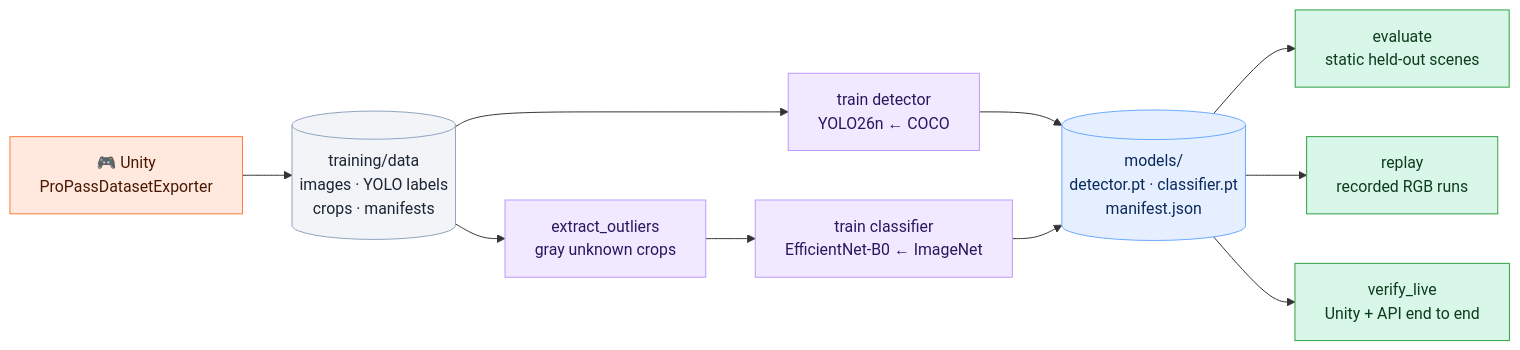
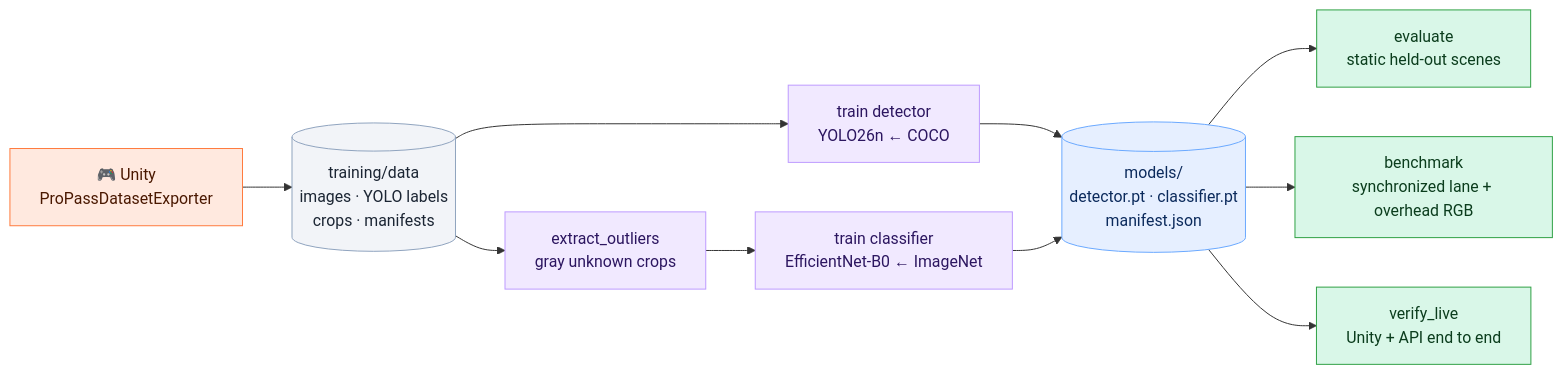
The diagram in docs/training.md (dangermos/ProPass), drawn with Mermaid before and after one commit. The commit also changed other lines of this file and 56 other files, not shown here.

````diff
--- a/docs/training.md
+++ b/docs/training.md
@@ -5,18 +5,18 @@
 ```mermaid
 flowchart LR
     U[🎮 Unity<br/>ProPassDatasetExporter]:::u --> D[(training/data<br/>images · YOLO labels<br/>crops · manifests)]:::d
     D --> O[extract_outliers<br/>gray unknown crops]:::t
     D --> TD[train detector<br/>YOLO26n ← COCO]:::t
     O --> TC[train classifier<br/>EfficientNet-B0 ← ImageNet]:::t
     TD --> M[(models/<br/>detector.pt · classifier.pt<br/>manifest.json)]:::m
     TC --> M
     M --> E1[evaluate<br/>static held-out scenes]:::e
-    M --> E2[replay<br/>recorded RGB runs]:::e
+    M --> E2[benchmark<br/>synchronized lane + overhead RGB]:::e
     M --> E3[verify_live<br/>Unity + API end to end]:::e
 
     classDef u fill:#ffe9df,stroke:#ff7a3d,color:#4a1800
     classDef d fill:#f2f4f8,stroke:#8fa3bf,color:#1b2533
     classDef t fill:#f1e9ff,stroke:#bd9aff,color:#2c1660
     classDef m fill:#e6efff,stroke:#6aa8ff,color:#0b2a5c
     classDef e fill:#d9f7e8,stroke:#2ea043,color:#0b3d1d
 ```
````
